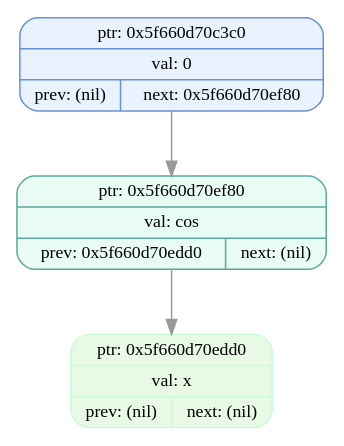
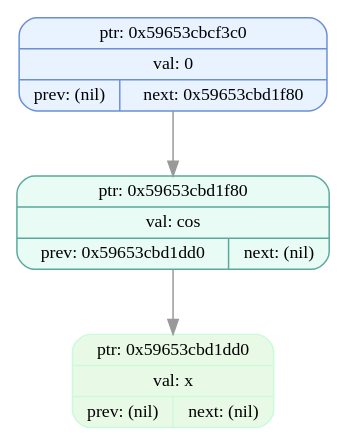
Before and after one commit to EvilTomato9890/Difference: the diagram in dumps/tree_dump_009.dot, drawn with Graphviz. The commit also changed 39 other files, not shown here.

```diff
--- a/dumps/tree_dump_009.dot
+++ b/dumps/tree_dump_009.dot
@@ -1,9 +1,9 @@
 digraph T{
   node [fontname="Fira Mono",shape=record,style="filled,rounded",fontsize=12];
   graph [splines=true, nodesep=0.6, ranksep=0.6];
-  node_0x5f660d70c3c0[shape=record,label="{ {ptr: 0x5f660d70c3c0} | {val: 0} | { prev: (nil) | next: 0x5f660d70ef80 } }",color="#6b8fd6",fillcolor="#e9f2ff"];
-  node_0x5f660d70ef80[shape=record,label="{ {ptr: 0x5f660d70ef80} | {val: cos} | { prev: 0x5f660d70edd0 | next: (nil) } }",color="#5aa99b",fillcolor="#e9fbf5"];
-  node_0x5f660d70edd0[shape=record,label="{ {ptr: 0x5f660d70edd0} | {val: x} | { prev: (nil) | next: (nil) } }",color="#c9fbdbff",fillcolor="#e8f9e5ff"];
-  node_0x5f660d70c3c0 -> node_0x5f660d70ef80 [color="#999999"];
-  node_0x5f660d70ef80 -> node_0x5f660d70edd0 [color="#999999"];
+  node_0x59653cbcf3c0[shape=record,label="{ {ptr: 0x59653cbcf3c0} | {val: 0} | { prev: (nil) | next: 0x59653cbd1f80 } }",color="#6b8fd6",fillcolor="#e9f2ff"];
+  node_0x59653cbd1f80[shape=record,label="{ {ptr: 0x59653cbd1f80} | {val: cos} | { prev: 0x59653cbd1dd0 | next: (nil) } }",color="#5aa99b",fillcolor="#e9fbf5"];
+  node_0x59653cbd1dd0[shape=record,label="{ {ptr: 0x59653cbd1dd0} | {val: x} | { prev: (nil) | next: (nil) } }",color="#c9fbdbff",fillcolor="#e8f9e5ff"];
+  node_0x59653cbcf3c0 -> node_0x59653cbd1f80 [color="#999999"];
+  node_0x59653cbd1f80 -> node_0x59653cbd1dd0 [color="#999999"];
 }
```
